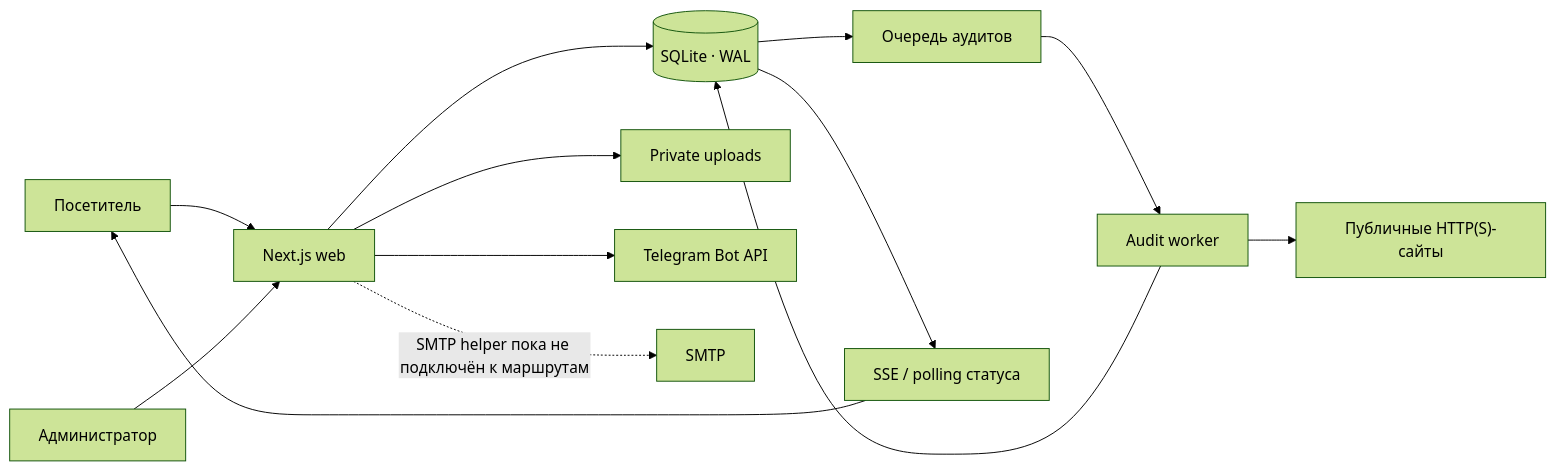
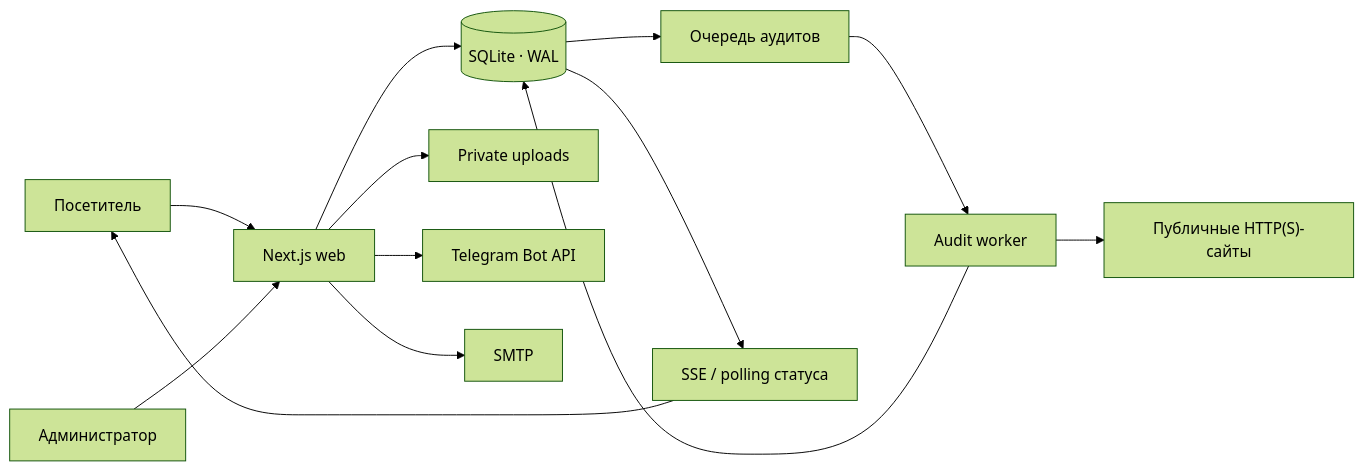
The diagram in docs/architecture.md (klxmycooperation-cpu/kileni-seo), drawn with Mermaid (forest theme) before and after one commit. The commit also changed other lines of this file and 369 other files, not shown here.

````diff
--- a/docs/architecture.md
+++ b/docs/architecture.md
@@ -9,15 +9,15 @@
 ```mermaid
 flowchart LR
     U["Посетитель"] --> W["Next.js web"]
     A["Администратор"] --> W
     W --> DB[("SQLite · WAL")]
     W --> FS["Private uploads"]
     W --> TG["Telegram Bot API"]
-    W -. "SMTP helper пока не подключён к маршрутам" .-> SMTP["SMTP"]
+    W --> SMTP["SMTP"]
     DB --> Q["Очередь аудитов"]
     Q --> WK["Audit worker"]
     WK --> NET["Публичные HTTP(S)-сайты"]
     WK --> DB
     DB --> SSE["SSE / polling статуса"]
     SSE --> U
 ```
````
